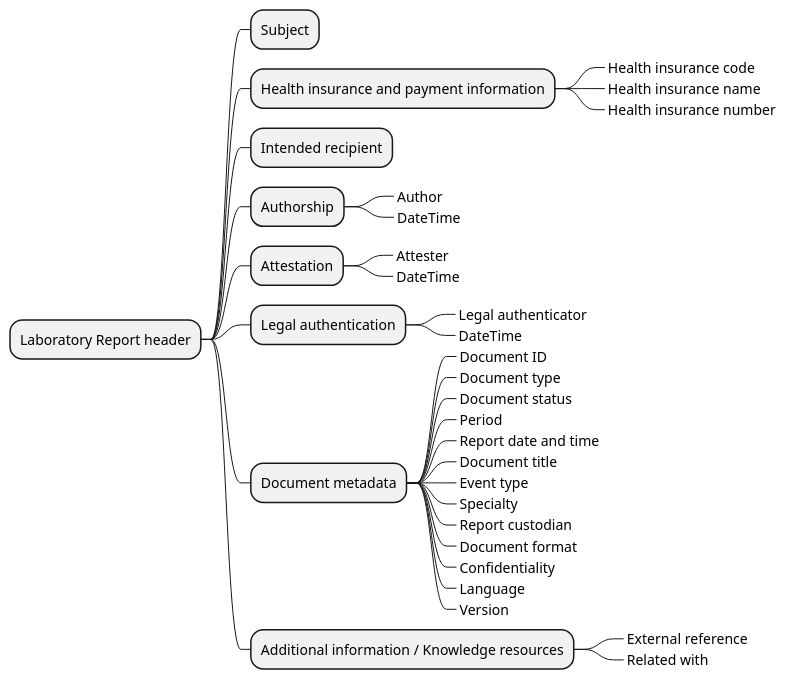
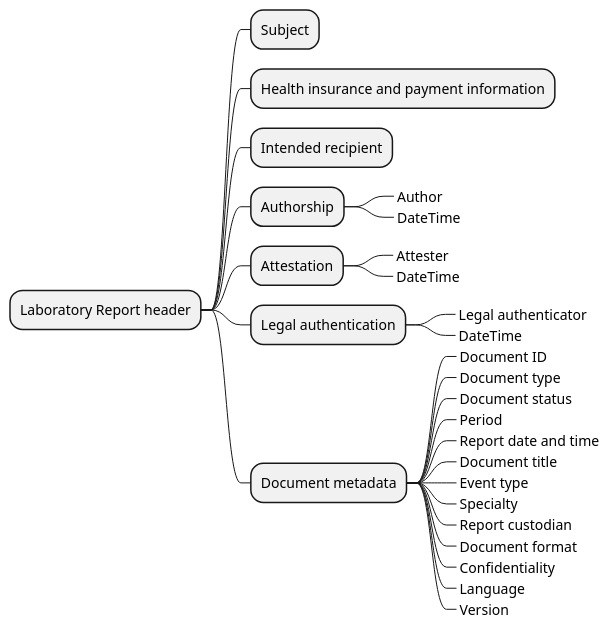
The diagram in input/images-source/labReportHeader_CIM.plantuml (Xt-EHR/xt-ehr-common), drawn with PlantUML before and after one commit. The commit also changed 13 other files, not shown here.

```diff
--- a/input/images-source/labReportHeader_CIM.plantuml
+++ b/input/images-source/labReportHeader_CIM.plantuml
@@ -1,38 +1,39 @@
 @startmindmap
 * Laboratory Report header
 ** Subject
 /'    Shell we keep or not?
 ** Preferred Health Professional
 '/
 ** Health insurance and payment information
-***_ Health insurance code
+/' ***_ Health insurance code
 ***_ Health insurance name
-***_ Health insurance number
+***_ Health insurance number '/
 ** Intended recipient
 ** Authorship
 ***_ Author
 ***_ DateTime
 ** Attestation
 ***_ Attester
 ***_ DateTime
 ** Legal authentication
 ***_ Legal authenticator
 ***_ DateTime
 ** Document metadata
 ***_ Document ID
 ***_ Document type
 ***_ Document status
 ***_ Period
 ***_ Report date and time
 ***_ Document title
 ***_ Event type
 ***_ Specialty
 ***_ Report custodian
 ***_ Document format
 ***_ Confidentiality
 ***_ Language
 ***_ Version
-** Additional information / Knowledge resources
+/' ** Additional information / Knowledge resources
 ***_ External reference
 ***_ Related with
-@endmindmap
+ '/
+ @endmindmap
```
